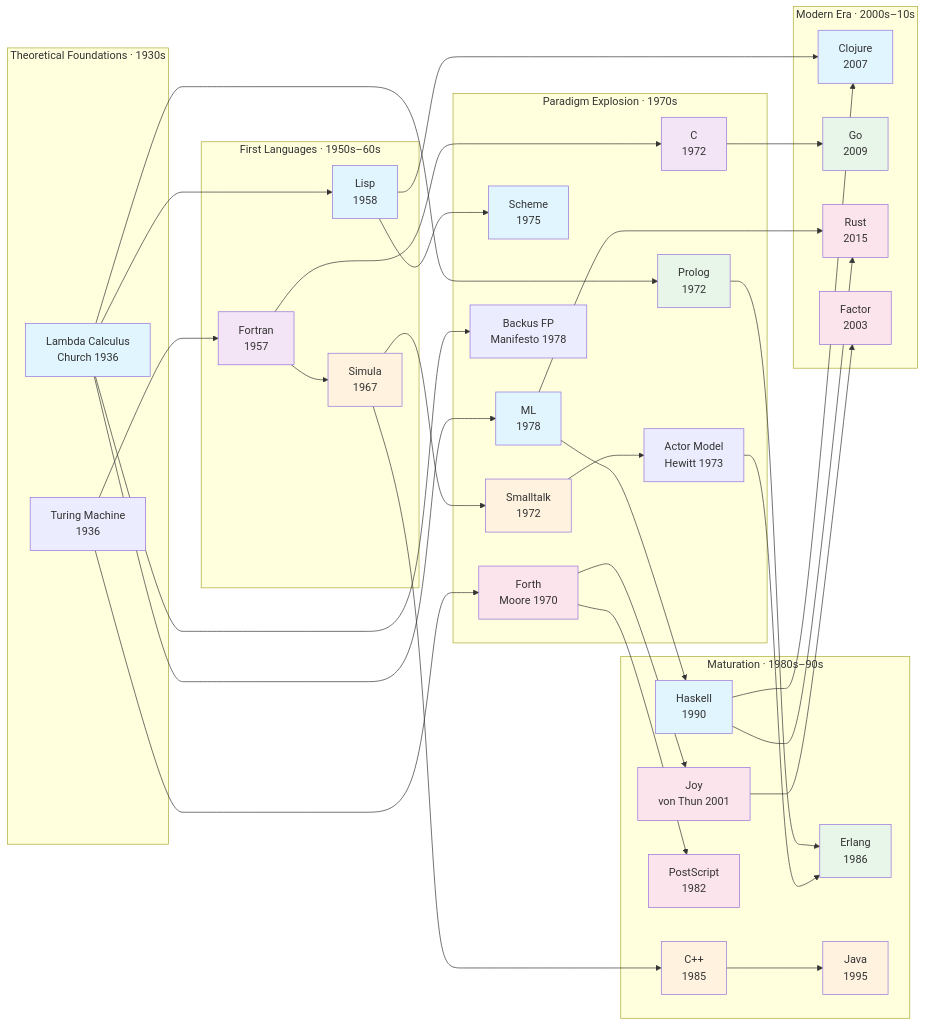
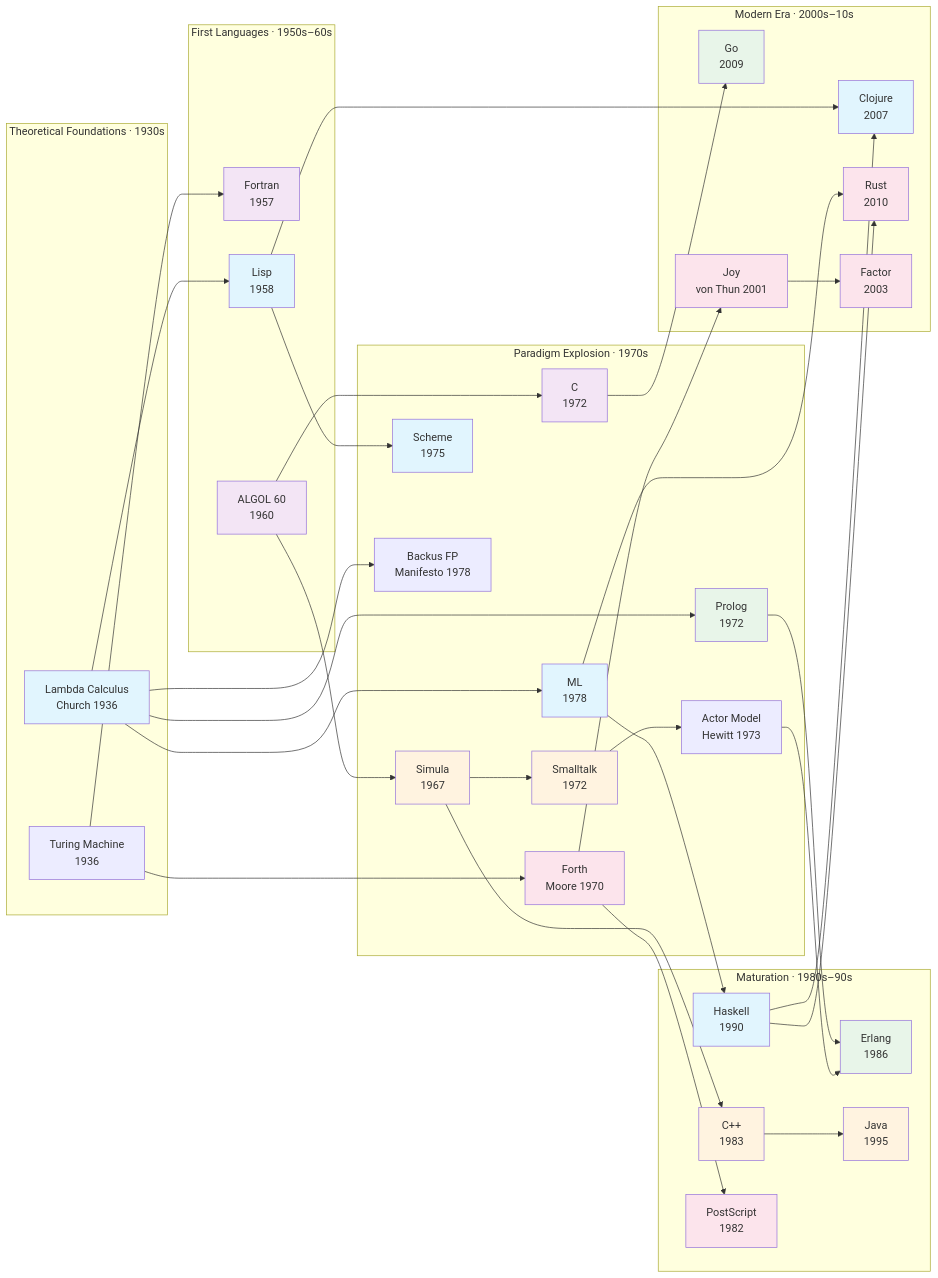
The fourth of 4 diagrams in docs/topics/paradigms/index.md (akardapolov/software-atlas), drawn with Mermaid before and after one commit. The commit also changed other lines of this file and 5 other files, not shown here.

Commit message:
fix: update OOP history timeline data

```diff
--- a/docs/topics/paradigms/index.md
+++ b/docs/topics/paradigms/index.md
@@ -954,38 +972,60 @@
     subgraph First ["First Languages · 1950s–60s"]
         Turing --> Fortran["Fortran<br/>1957"]
         Church --> Lisp["Lisp<br/>1958"]
-        Fortran --> Simula["Simula<br/>1967"]
+        Algol["ALGOL 60<br/>1960"]
     end
 
     subgraph Seventies ["Paradigm Explosion · 1970s"]
-        Simula --> Smalltalk["Smalltalk<br/>1972"]
-        Fortran --> C["C<br/>1972"]
-        Church --> Prolog["Prolog<br/>1972"]
-        Smalltalk --> Hewitt["Actor Model<br/>Hewitt 1973"]
-        Lisp --> Scheme["Scheme<br/>1975"]
-        Church --> ML["ML<br/>1978"]
-        Church --> Backus78["Backus FP<br/>Manifesto 1978"]
-        Turing --> Forth["Forth<br/>Moore 1970"]
+        Simula["Simula<br/>1967"]
+        C["C<br/>1972"]
+        Prolog["Prolog<br/>1972"]
+        Smalltalk["Smalltalk<br/>1972"]
+        Hewitt["Actor Model<br/>Hewitt 1973"]
+        Scheme["Scheme<br/>1975"]
+        ML["ML<br/>1978"]
+        Backus78["Backus FP<br/>Manifesto 1978"]
+        Forth["Forth<br/>Moore 1970"]
+        Church --> Prolog
+        Simula --> Smalltalk
+        Smalltalk --> Hewitt
+        Lisp --> Scheme
+        Church --> ML
+        Church --> Backus78
+        Turing --> Forth
     end
 
     subgraph Eighties ["Maturation · 1980s–90s"]
-        Simula --> CPP["C++<br/>1985"]
-        Prolog --> Erlang["Erlang<br/>1986"]
+        CPP["C++<br/>1983"]
+        Erlang["Erlang<br/>1986"]
+        Haskell["Haskell<br/>1990"]
+        Java["Java<br/>1995"]
+        PostScript["PostScript<br/>1982"]
+        Simula --> CPP
+        Prolog --> Erlang
         Hewitt --> Erlang
-        ML --> Haskell["Haskell<br/>1990"]
-        CPP --> Java["Java<br/>1995"]
-        Forth --> PostScript["PostScript<br/>1982"]
-        Forth --> Joy["Joy<br/>von Thun 2001"]
+        ML --> Haskell
+        CPP --> Java
+        Forth --> PostScript
     end
 
     subgraph Modern ["Modern Era · 2000s–10s"]
-        Lisp --> Clojure["Clojure<br/>2007"]
+        Clojure["Clojure<br/>2007"]
+        Go["Go<br/>2009"]
+        Rust["Rust<br/>2010"]
+        Joy["Joy<br/>von Thun 2001"]
+        Factor["Factor<br/>2003"]
+        Lisp --> Clojure
         Haskell --> Clojure
-        C --> Go["Go<br/>2009"]
-        ML --> Rust["Rust<br/>2015"]
+        C --> Go
+        ML --> Rust
         Haskell --> Rust
-        Joy --> Factor["Factor<br/>2003"]
+        Joy --> Factor
     end
+
+    %% Cross-subgraph edges
+    Algol --> Simula
+    Algol --> C
+    Forth --> Joy
 
     style Church fill:#e1f5fe
     style Lisp fill:#e1f5fe
@@ -998,6 +1038,7 @@
     style CPP fill:#fff3e0
     style Java fill:#fff3e0
     style Fortran fill:#f3e5f5
+    style Algol fill:#f3e5f5
     style C fill:#f3e5f5
     style Go fill:#e8f5e9
     style Erlang fill:#e8f5e9
```
